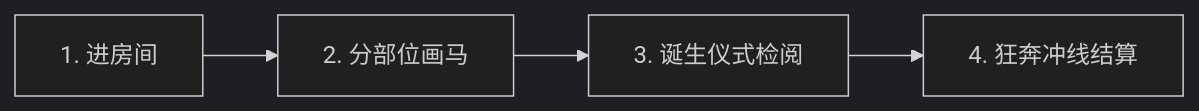
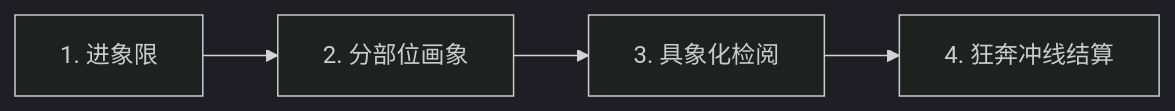
Before and after one commit to Hfy1313113/Up2Down: the diagram in README.md, drawn with Mermaid (dark theme). The commit also changed other lines of this file and 9 other files, not shown here.

Commit message:
docs: 全站文档改为「抽象 · Up2Down」大象口径；新增风格包系统、背景音乐与音效、站点页面章节；协议字段与时序同步 elephants/style；新增风格包操作指南；README 截图换为宝莱坞风格实拍

````diff
--- a/README.md
+++ b/README.md
@@ -75,6 +74,6 @@
 ```mermaid
 graph LR
-    A[1. 进房间] --> B[2. 分部位画马]
-    B --> C[3. 诞生仪式检阅]
+    A[1. 进象限] --> B[2. 分部位画象]
+    B --> C[3. 具象化检阅]
     C --> D[4. 狂奔冲线结算]
 ```
````
